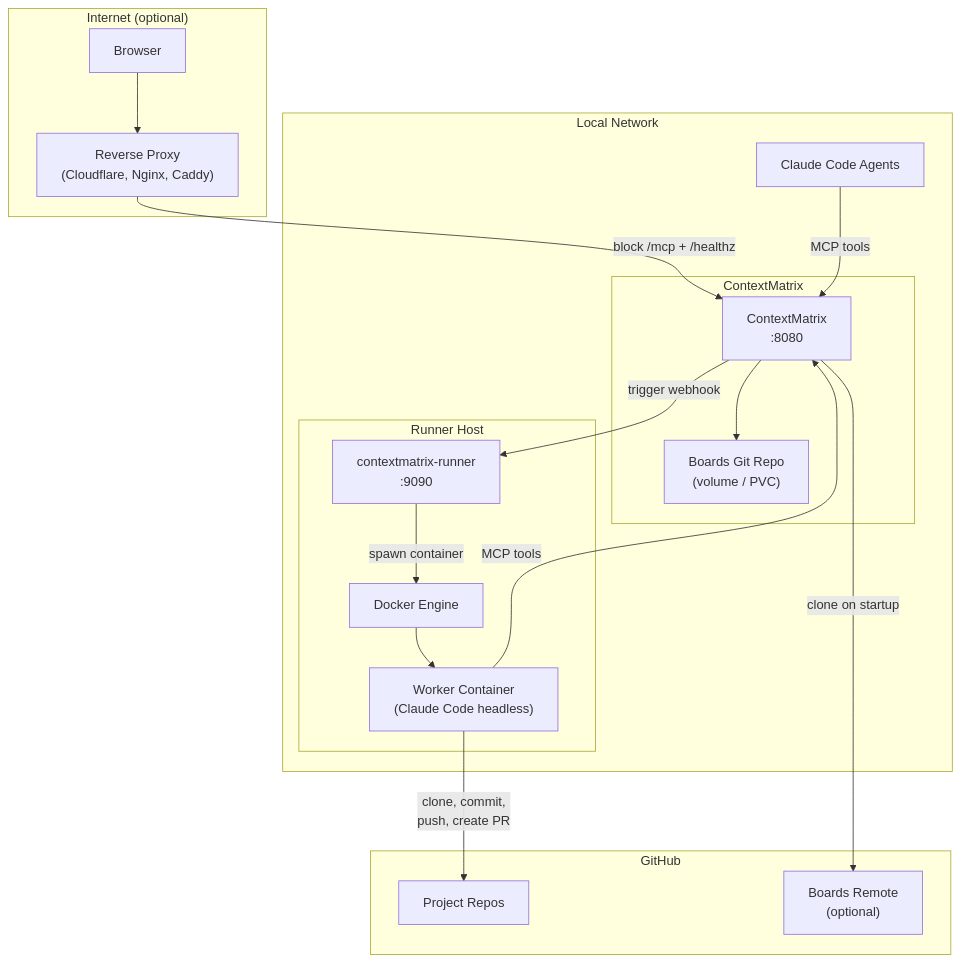
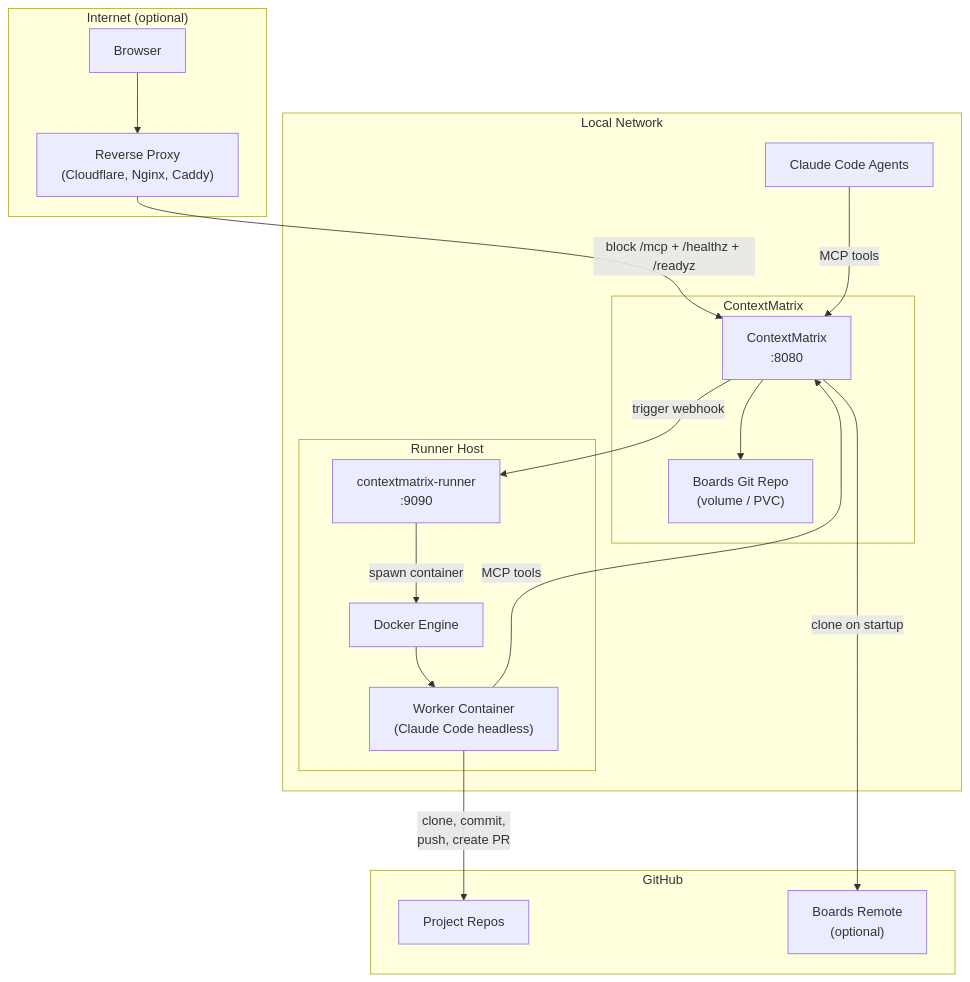
Before and after one commit to mhersson/contextmatrix: the diagram in docs/deployment-example.md, drawn with Mermaid. The commit also changed other lines of this file and 3 other files, not shown here.

````diff
--- a/docs/deployment-example.md
+++ b/docs/deployment-example.md
@@ -13,38 +13,38 @@
 ```mermaid
 flowchart TB
     subgraph internet["Internet (optional)"]
         browser["Browser"]
         proxy["Reverse Proxy<br/>(Cloudflare, Nginx, Caddy)"]
     end
 
     subgraph lan["Local Network"]
         agents["Claude Code Agents"]
 
         subgraph cm["ContextMatrix"]
             cm_svc["ContextMatrix<br/>:8080"]
             boards["Boards Git Repo<br/>(volume / PVC)"]
         end
 
         subgraph runner_host["Runner Host"]
             runner["contextmatrix-runner<br/>:9090"]
             docker["Docker Engine"]
             worker["Worker Container<br/>(Claude Code headless)"]
         end
     end
 
     subgraph github["GitHub"]
         target["Project Repos"]
         boards_remote["Boards Remote<br/>(optional)"]
     end
 
     browser --> proxy
-    proxy -- "block /mcp + /healthz" --> cm_svc
+    proxy -- "block /mcp + /healthz + /readyz" --> cm_svc
     agents -- "MCP tools" --> cm_svc
     cm_svc --> boards
     cm_svc -- "clone on startup" --> boards_remote
     cm_svc -- "trigger webhook" --> runner
     runner -- "spawn container" --> docker
     docker --> worker
     worker -- "MCP tools" --> cm_svc
     worker -- "clone, commit,<br/>push, create PR" --> target
 ```
````
